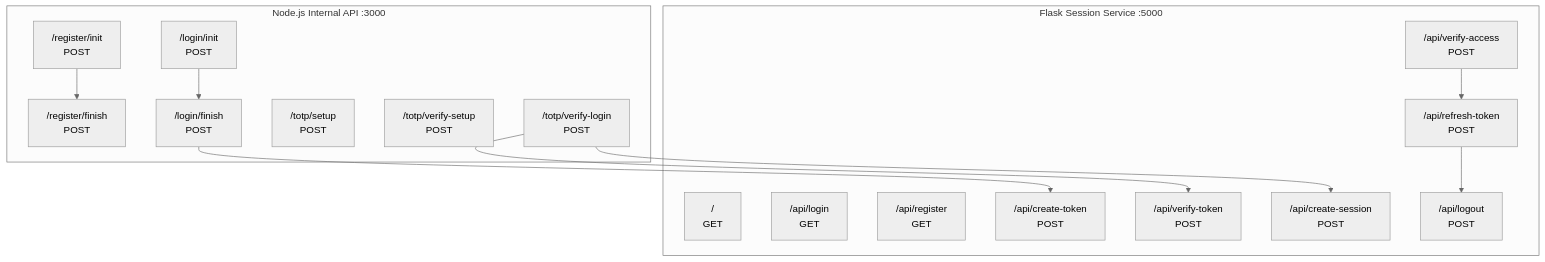
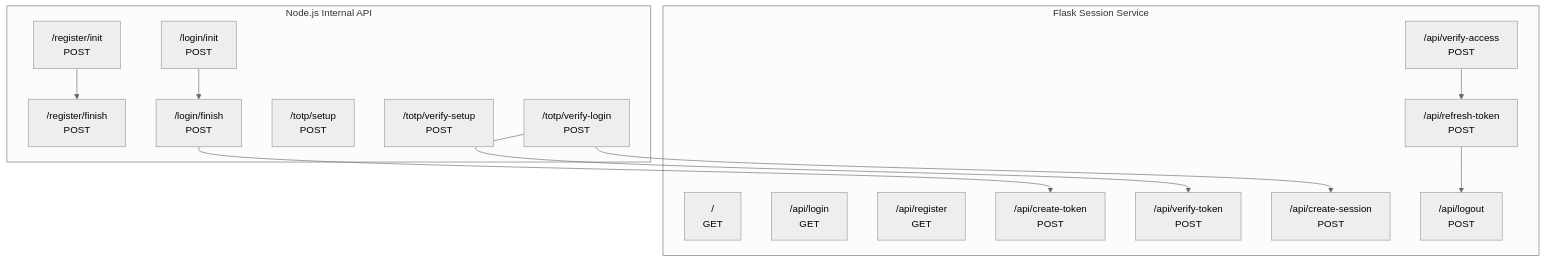
Before and after one commit to RogueElectron/Cypher: the first of 2 diagrams in docs/API-Reference.md, drawn with Mermaid (neutral theme). The commit also changed other lines of this file and 3 other files, not shown here.

````diff
--- a/docs/API-Reference.md
+++ b/docs/API-Reference.md
@@ -19,50 +19,50 @@
 ```mermaid
 flowchart TD
 
 RegInit["/register/init<br>POST"]
 RegFinish["/register/finish<br>POST"]
 LoginInit["/login/init<br>POST"]
 LoginFinish["/login/finish<br>POST"]
 TotpSetup["/totp/setup<br>POST"]
 TotpVerifySetup["/totp/verify-setup<br>POST"]
 TotpVerifyLogin["/totp/verify-login<br>POST"]
 IndexRoute["/<br>GET"]
 LoginPage["/api/login<br>GET"]
 RegisterPage["/api/register<br>GET"]
 CreateToken["/api/create-token<br>POST"]
 VerifyToken["/api/verify-token<br>POST"]
 CreateSession["/api/create-session<br>POST"]
 VerifyAccess["/api/verify-access<br>POST"]
 RefreshToken["/api/refresh-token<br>POST"]
 Logout["/api/logout<br>POST"]
 
 LoginFinish --> CreateToken
 TotpVerifyLogin --> VerifyToken
 TotpVerifyLogin --> CreateSession
 
-subgraph FlaskAPI ["Flask Session Service :5000"]
+subgraph FlaskAPI ["Flask Session Service"]
     IndexRoute
     LoginPage
     RegisterPage
     CreateToken
     VerifyToken
     CreateSession
     VerifyAccess
     RefreshToken
     Logout
     VerifyAccess --> RefreshToken
     RefreshToken --> Logout
 end
 
-subgraph NodeAPI ["Node.js Internal API :3000"]
+subgraph NodeAPI ["Node.js Internal API"]
     RegInit
     RegFinish
     LoginInit
     LoginFinish
     TotpSetup
     TotpVerifySetup
     TotpVerifyLogin
     RegInit --> RegFinish
     LoginInit --> LoginFinish
 end
 ```
````
